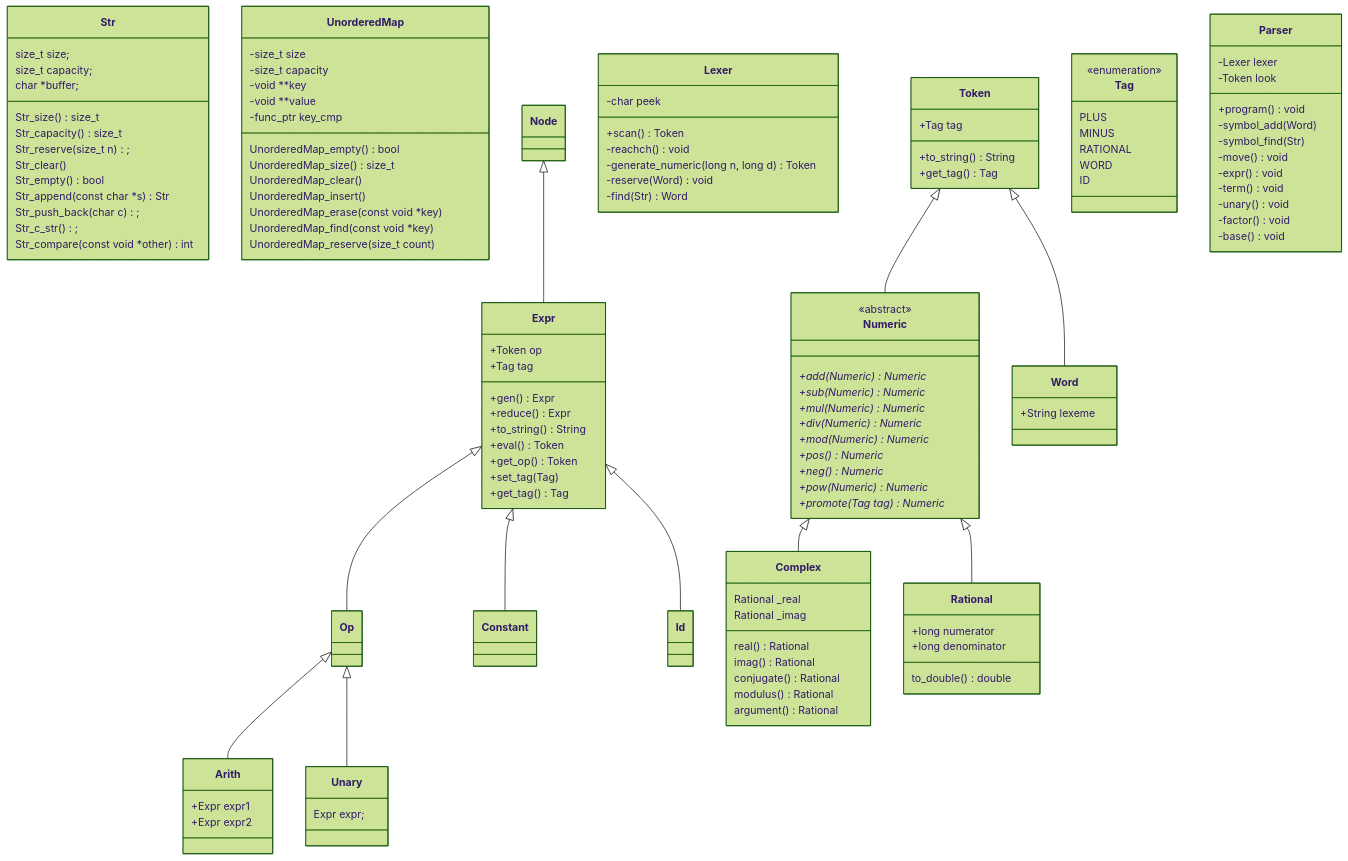
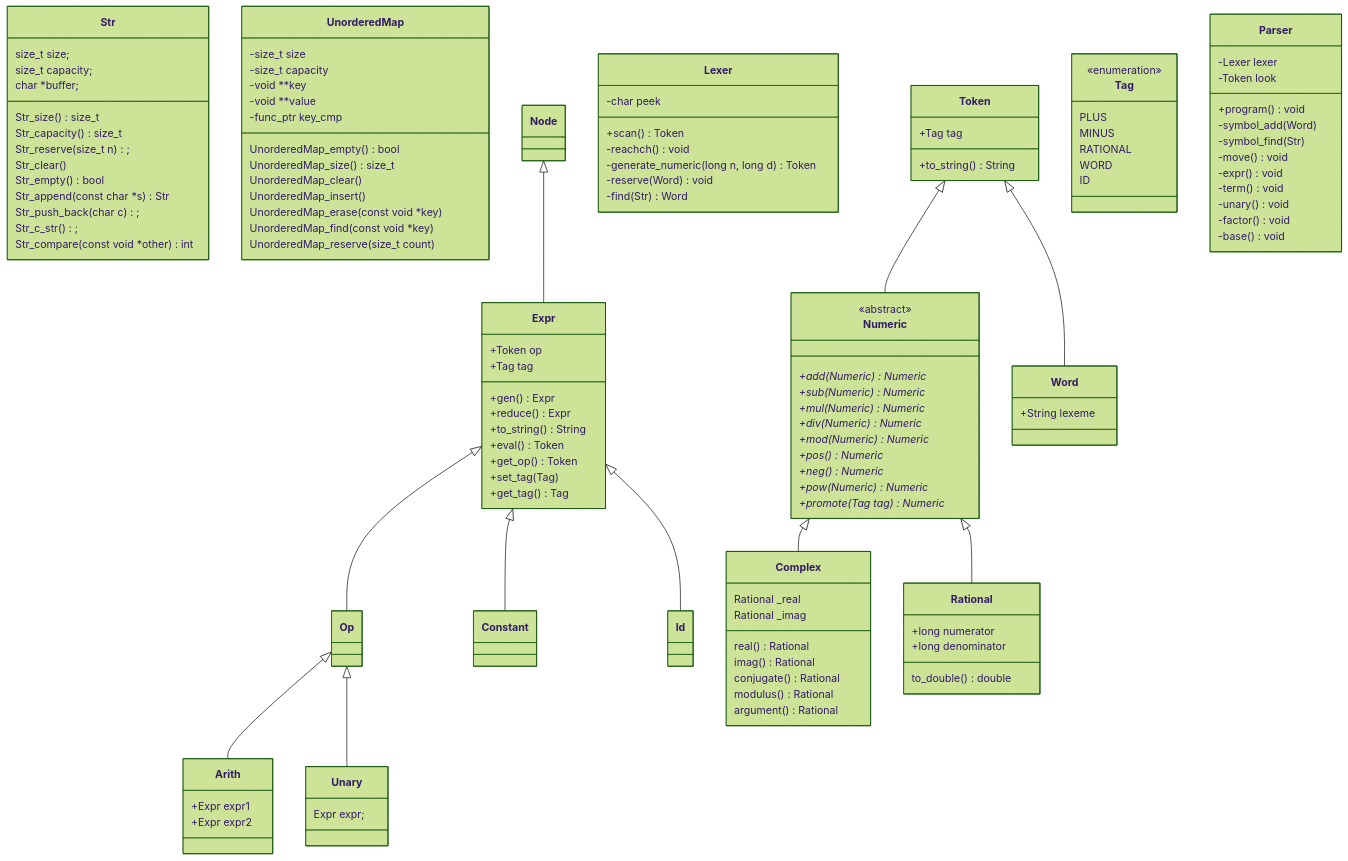
The diagram in diagram.md (nwhean/42_computorv), drawn with Mermaid (forest theme) before and after one commit. The commit also changed 3 other files, not shown here.

Commit message:
Removed token_get_tag function

```diff
--- a/diagram.md
+++ b/diagram.md
@@ -126,7 +126,6 @@
 	class Token {
 		+Tag tag
 		+to_string() String
-		+get_tag() Tag
 	}
 
 	Token <|-- Word
```
